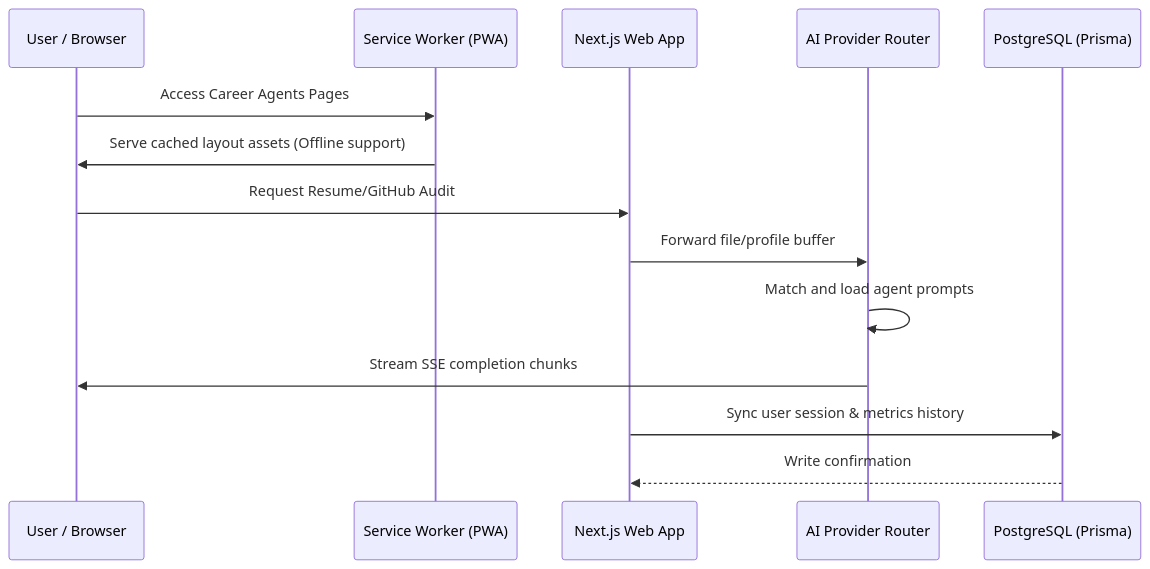
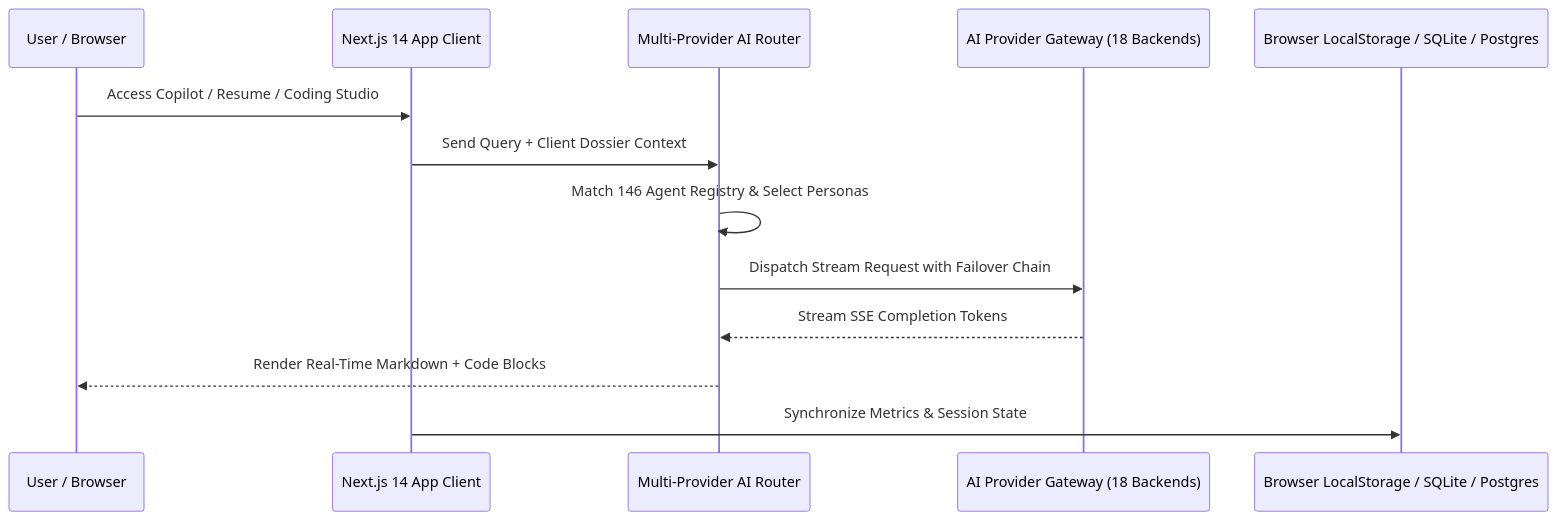
Before and after one commit to karthikrshet/Career-Agents: the first of 2 diagrams in README.md, drawn with Mermaid. The commit also changed other lines of this file and 34 other files, not shown here.

Commit message:
docs(readme): compile world-class README with screenshot galleries, architecture diagrams, installation guides, and MCP setup

````diff
--- a/README.md
+++ b/README.md
@@ -506,17 +132,16 @@
 ```mermaid
 sequenceDiagram
     participant User as User / Browser
-    participant SW as Service Worker (PWA)
-    participant NextJS as Next.js Web App
-    participant Router as AI Provider Router
-    participant DB as PostgreSQL (Prisma)
+    participant Client as Next.js 14 App Client
+    participant Router as Multi-Provider AI Router
+    participant LLM as AI Provider Gateway (18 Backends)
+    participant DB as Browser LocalStorage / SQLite / Postgres
     
-    User->>SW: Access Career Agents Pages
-    SW->>User: Serve cached layout assets (Offline support)
-    User->>NextJS: Request Resume/GitHub Audit
-    NextJS->>Router: Forward file/profile buffer
-    Router->>Router: Match and load agent prompts
-    Router->>User: Stream SSE completion chunks
-    NextJS->>DB: Sync user session & metrics history
-    DB-->>NextJS: Write confirmation
+    User->>Client: Access Copilot / Resume / Coding Studio
+    Client->>Router: Send Query + Client Dossier Context
+    Router->>Router: Match 146 Agent Registry & Select Personas
+    Router->>LLM: Dispatch Stream Request with Failover Chain
+    LLM-->>Router: Stream SSE Completion Tokens
+    Router-->>User: Render Real-Time Markdown + Code Blocks
+    Client->>DB: Synchronize Metrics & Session State
 ```
````
